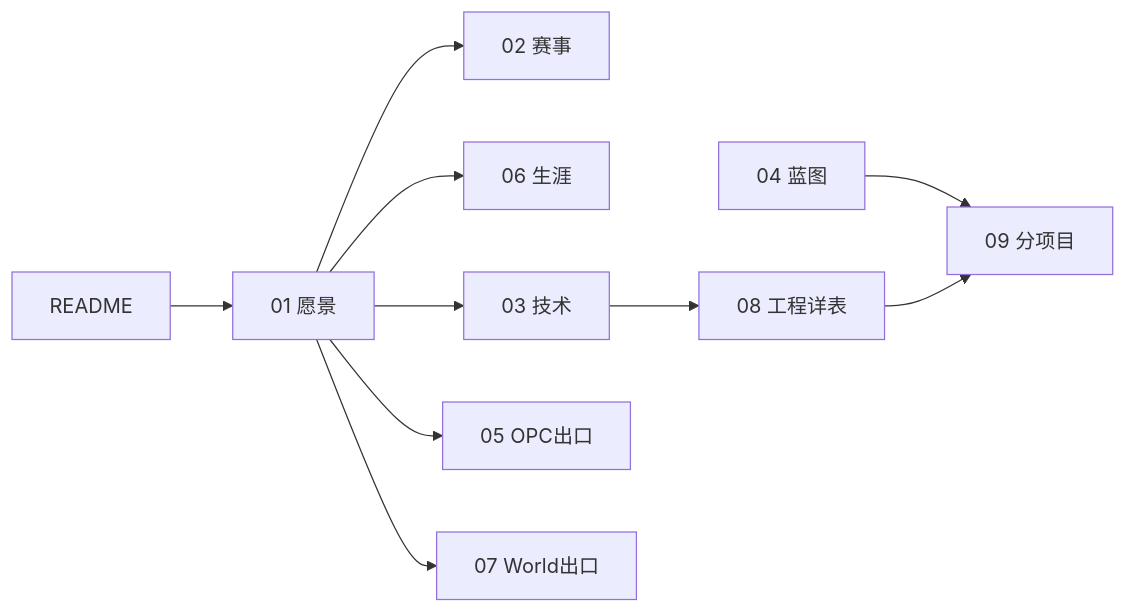
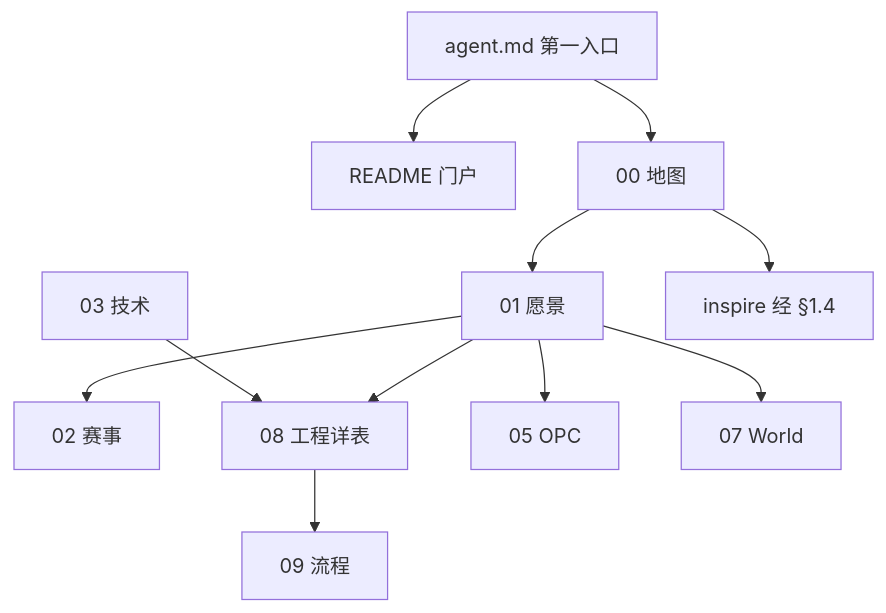
Before and after one commit to lamasaga/businessmatch-v1: the diagram in 00-项目全景与目录结构.md, drawn with Mermaid. The commit also changed other lines of this file and 28 other files, not shown here.

````diff
--- a/00-项目全景与目录结构.md
+++ b/00-项目全景与目录结构.md
@@ -176,23 +143,15 @@
 ```mermaid
-
-flowchart LR
-
-  R[README] --> A01[01 愿景]
-
+flowchart TB
+  AG[agent.md 第一入口]
+  R[README 门户]
+  AG --> R
+  AG --> A00[00 地图]
+  A00 --> A01[01 愿景]
   A01 --> A02[02 赛事]
-
-  A01 --> A06[06 生涯]
-
-  A01 --> A03[03 技术]
-
-  A03 --> A08[08 工程详表]
-
-  A04[04 蓝图] --> A09[09 分项目]
-
-  A08 --> A09
-
-  A01 --> A05[05 OPC出口]
-
-  A01 --> A07[07 World出口]
-
+  A01 --> A08[08 工程详表]
+  A03[03 技术] --> A08
+  A08 --> A09[09 流程]
+  A01 --> A05[05 OPC]
+  A01 --> A07[07 World]
+  A00 --> INS[inspire 经 §1.4]
 ```
````
